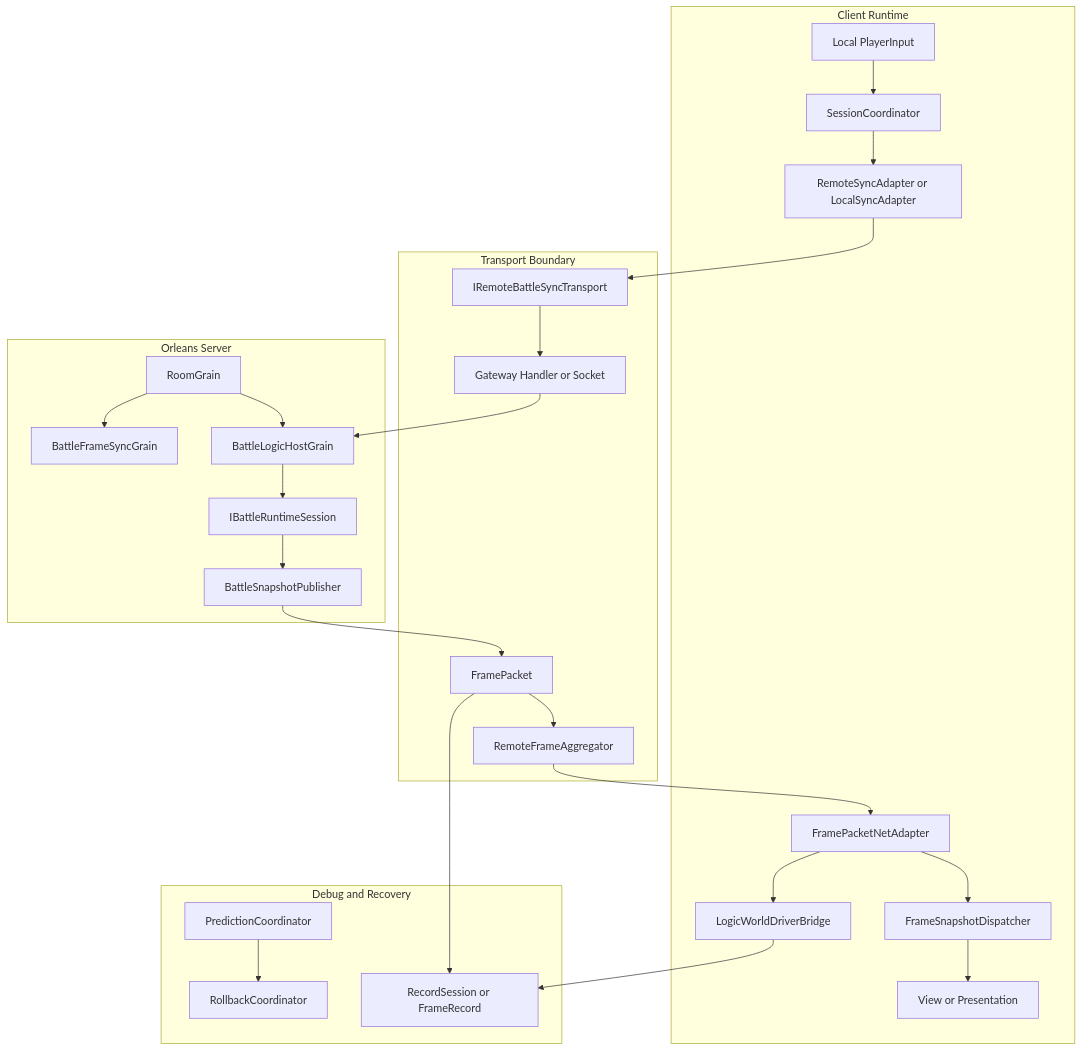
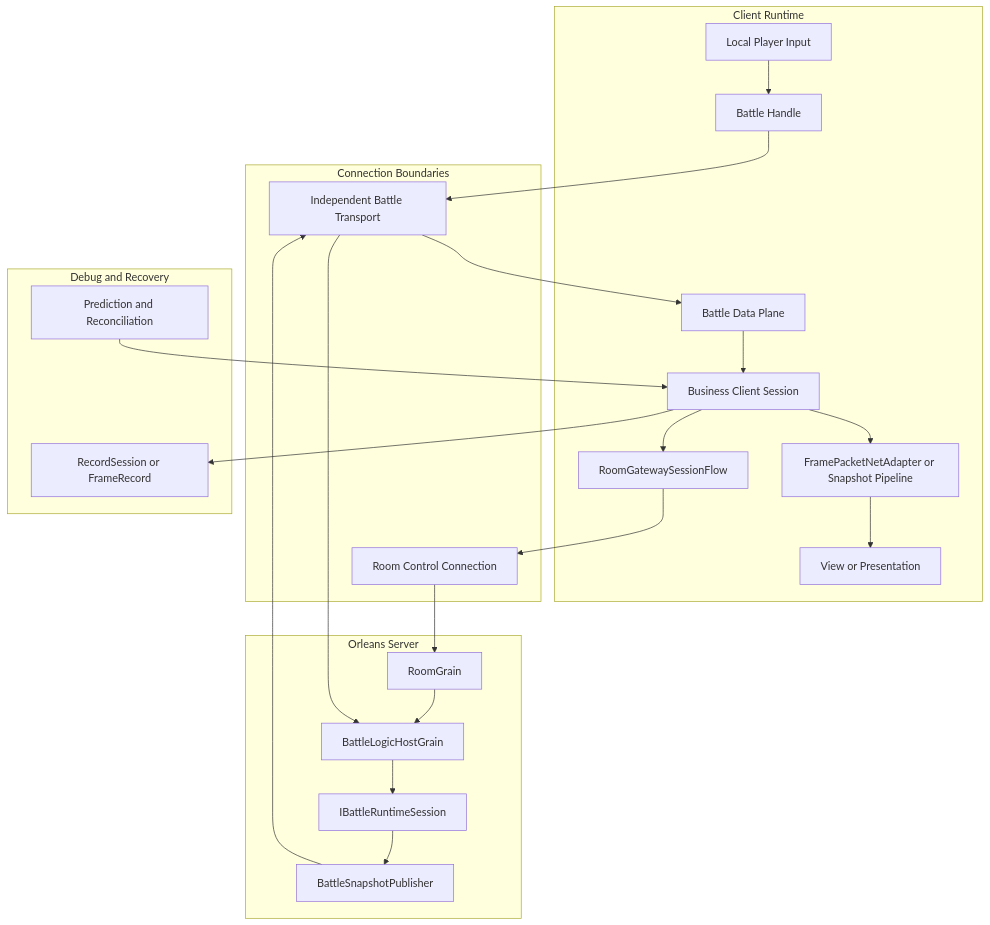
The first of 7 diagrams in Docs/design/07-NetworkSynchronization/00-SynchronizationCapabilityMap.md (HOBOBO/AbilityKit), drawn with Mermaid before and after one commit. The commit also changed other lines of this file and 328 other files, not shown here.

````diff
--- a/Docs/design/07-NetworkSynchronization/00-SynchronizationCapabilityMap.md
+++ b/Docs/design/07-NetworkSynchronization/00-SynchronizationCapabilityMap.md
@@ -47,52 +49,46 @@
 ```mermaid
 flowchart TB
     subgraph Client[Client Runtime]
-        Input[Local PlayerInput]
-        Coordinator[SessionCoordinator]
-        SyncAdapter[RemoteSyncAdapter or LocalSyncAdapter]
-        Driver[LogicWorldDriverBridge]
-        NetAdapter[FramePacketNetAdapter]
-        SnapshotDispatch[FrameSnapshotDispatcher]
+        Input[Local Player Input]
+        RoomFlow[RoomGatewaySessionFlow]
+        BusinessSession[Business Client Session]
+        BattleHandle[Battle Handle]
+        DataPlane[Battle Data Plane]
+        NetAdapter[FramePacketNetAdapter or Snapshot Pipeline]
         View[View or Presentation]
     end
 
-    subgraph Transport[Transport Boundary]
-        Port[IRemoteBattleSyncTransport]
-        Gateway[Gateway Handler or Socket]
-        Packet[FramePacket]
-        Aggregator[RemoteFrameAggregator]
+    subgraph Connections[Connection Boundaries]
+        Control[Room Control Connection]
+        BattleTransport[Independent Battle Transport]
     end
 
     subgraph Server[Orleans Server]
         Room[RoomGrain]
-        FrameSync[BattleFrameSyncGrain]
         Battle[BattleLogicHostGrain]
         Runtime[IBattleRuntimeSession]
         Publisher[BattleSnapshotPublisher]
     end
 
     subgraph Reliability[Debug and Recovery]
-        Prediction[PredictionCoordinator]
-        Rollback[RollbackCoordinator]
+        Prediction[Prediction and Reconciliation]
         Record[RecordSession or FrameRecord]
     end
 
-    Input --> Coordinator
-    Coordinator --> SyncAdapter
-    SyncAdapter --> Port
-    Port --> Gateway
-    Gateway --> Battle
+    BusinessSession --> RoomFlow
+    RoomFlow --> Control
+    Control --> Room
     Room --> Battle
-    Room --> FrameSync
+    Input --> BattleHandle
+    BattleHandle --> BattleTransport
+    BattleTransport --> Battle
     Battle --> Runtime
     Runtime --> Publisher
-    Publisher --> Packet
-    Packet --> Aggregator
-    Aggregator --> NetAdapter
-    NetAdapter --> SnapshotDispatch
-    SnapshotDispatch --> View
-    NetAdapter --> Driver
-    Prediction --> Rollback
-    Driver --> Record
-    Packet --> Record
+    Publisher --> BattleTransport
+    BattleTransport --> DataPlane
+    DataPlane --> BusinessSession
+    BusinessSession --> NetAdapter
+    NetAdapter --> View
+    Prediction --> BusinessSession
+    BusinessSession --> Record
 ```
````
